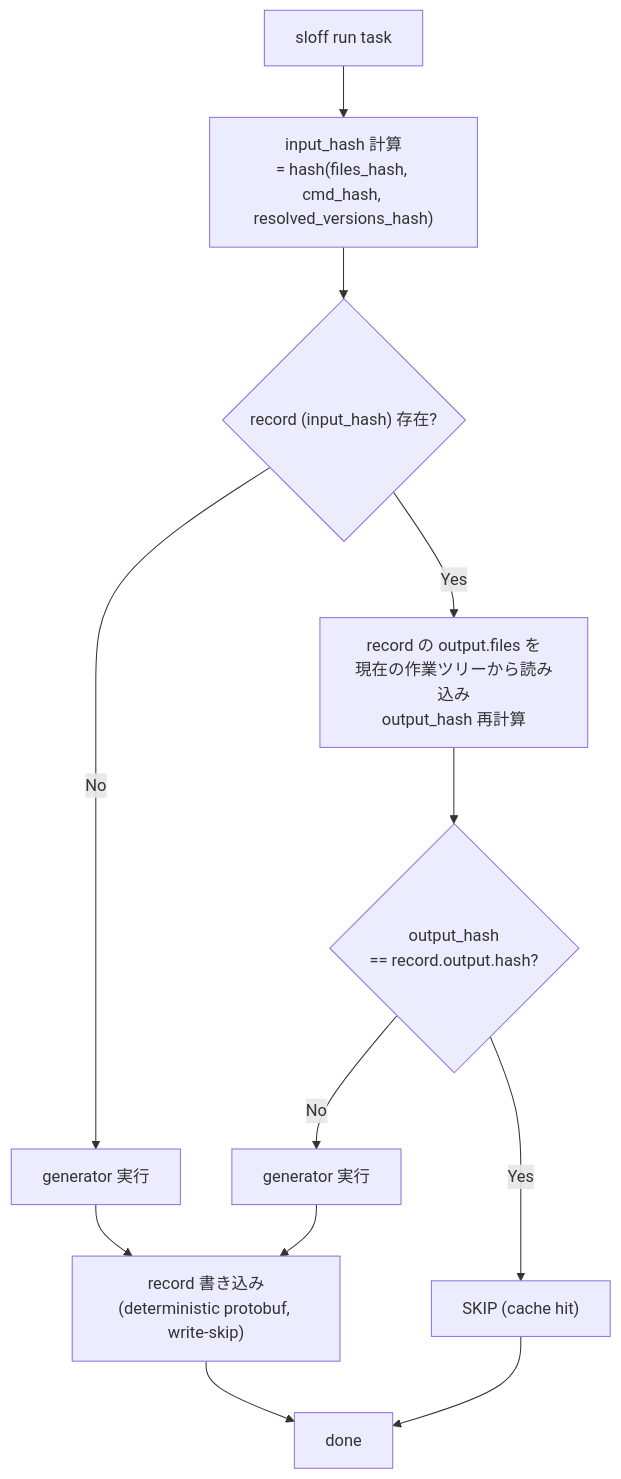
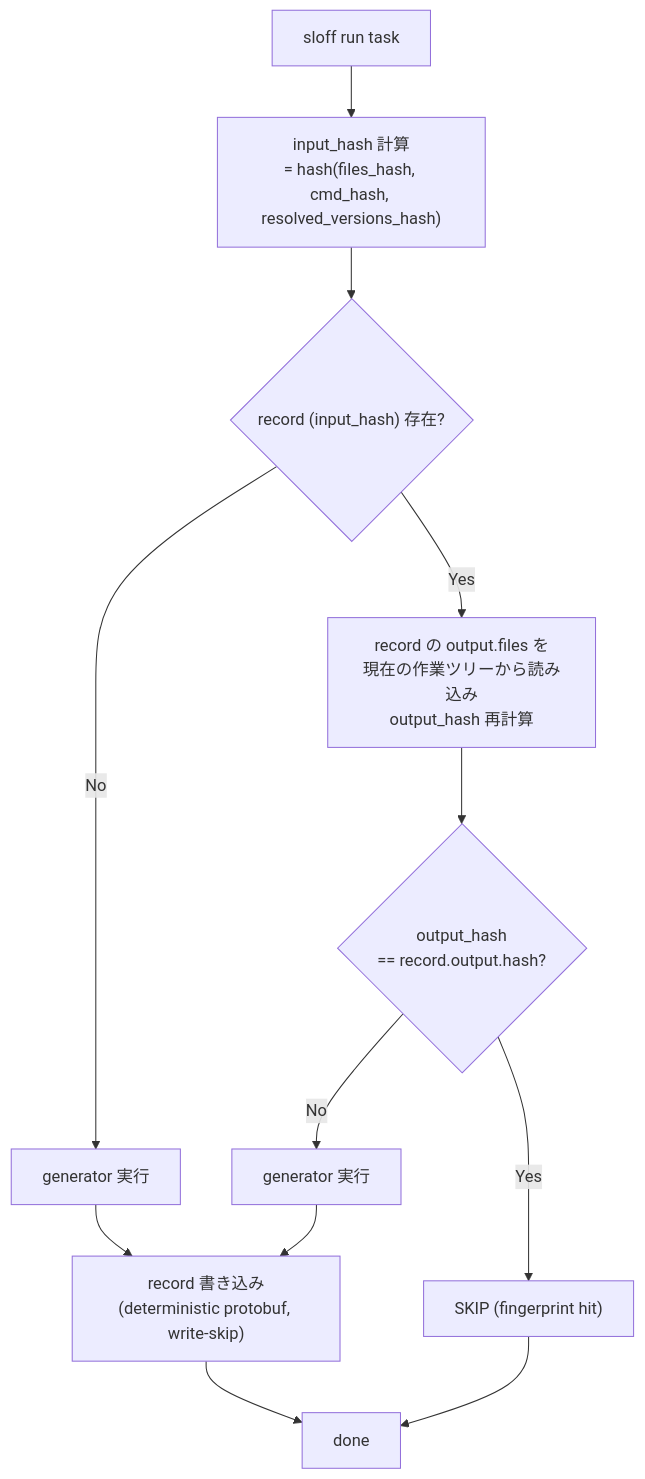
The first of 3 diagrams in docs/design/architecture.md (izumin5210/sloff), drawn with Mermaid before and after one commit. The commit also changed other lines of this file and 98 other files, not shown here.

First line of the commit message:
refactor!: rename cache to fingerprint across docs, code, CLI, and storage (#26)

````diff
--- a/docs/design/architecture.md
+++ b/docs/design/architecture.md
@@ -82,14 +82,14 @@
 ```mermaid
 flowchart TD
     START["sloff run task"] --> CALC["input_hash 計算<br/>= hash(files_hash, cmd_hash, resolved_versions_hash)"]
     CALC --> LOOKUP{"record (input_hash) 存在?"}
     LOOKUP -- No --> RUN1["generator 実行"]
     LOOKUP -- Yes --> SCAN["record の output.files を<br/>現在の作業ツリーから読み込み<br/>output_hash 再計算"]
     SCAN --> CMP{"output_hash<br/>== record.output.hash?"}
-    CMP -- Yes --> SKIP["SKIP (cache hit)"]
+    CMP -- Yes --> SKIP["SKIP (fingerprint hit)"]
     CMP -- No --> RUN2["generator 実行"]
     RUN1 --> WRITE["record 書き込み<br/>(deterministic protobuf, write-skip)"]
     RUN2 --> WRITE
     WRITE --> DONE["done"]
     SKIP --> DONE
 ```
````
